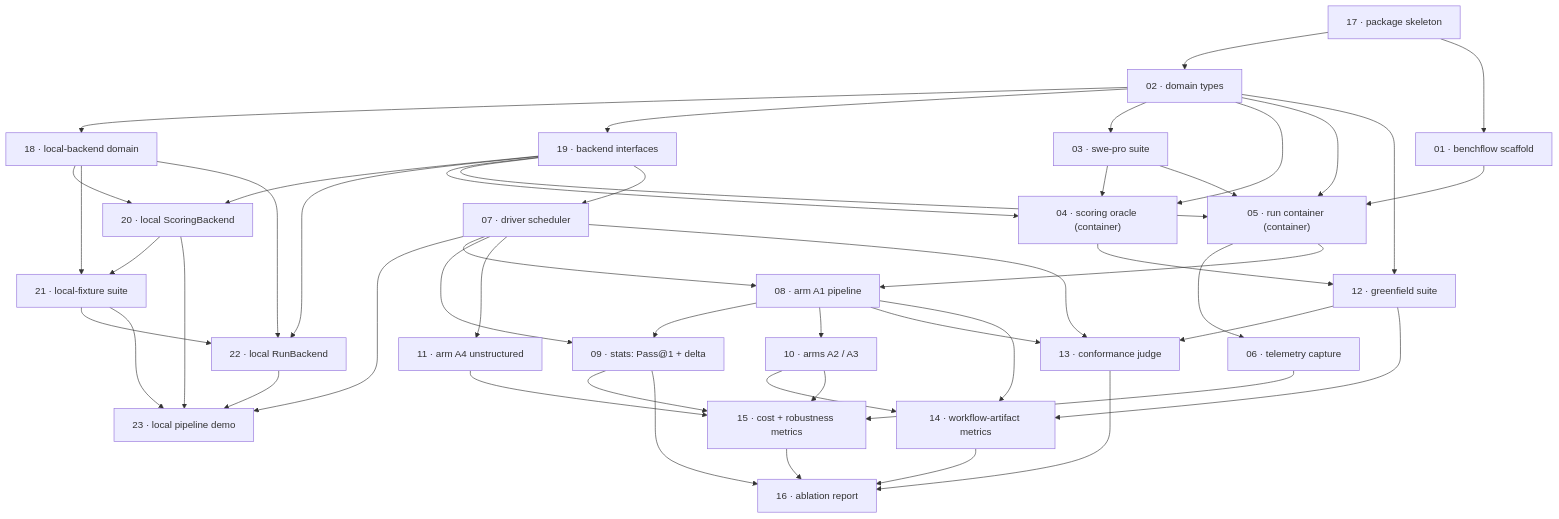
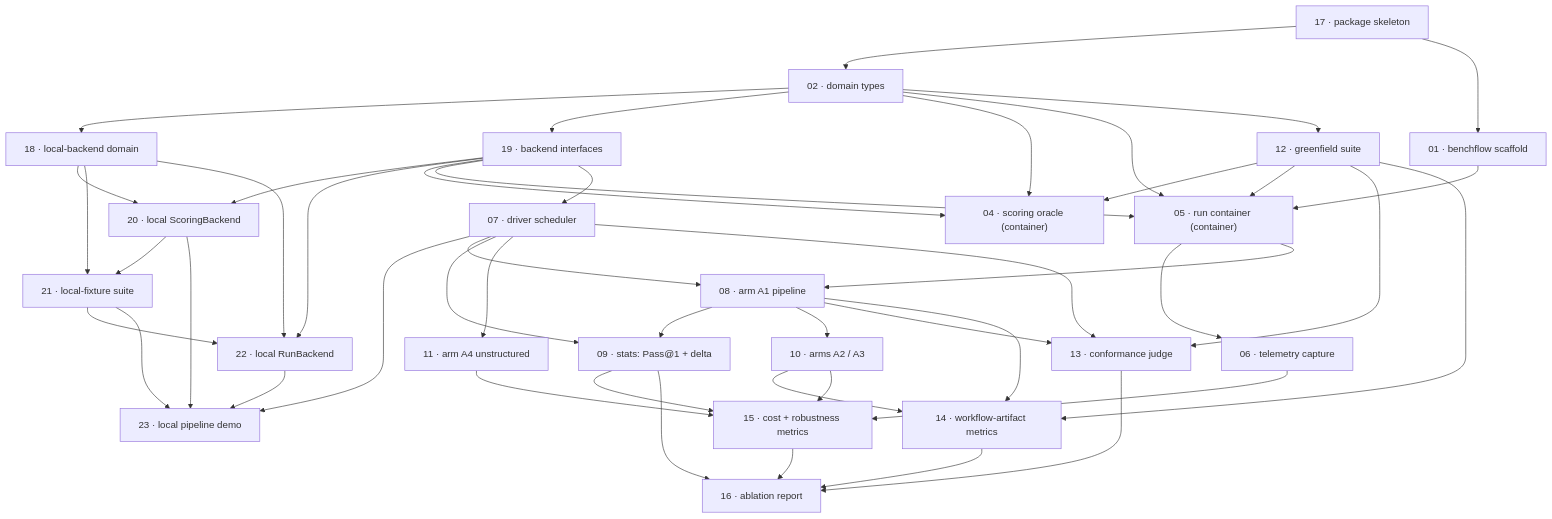
One commit to antstanley/skills changed the diagram in docs/plans/2026-05-27-spec_workflow_benchmark/plan.md. Above: the diagram before and after it, drawn with Mermaid. The commit also changed other lines of this file and 41 other files, not shown here.

First line of the commit message:
benchmark: remove SWE-bench Pro for a minimal greenfield-only harness

````diff
--- a/docs/plans/2026-05-27-spec_workflow_benchmark/plan.md
+++ b/docs/plans/2026-05-27-spec_workflow_benchmark/plan.md
@@ -19,74 +19,71 @@
 ```mermaid
 graph TD
   17["17 · package skeleton"]
   02["02 · domain types"]
   18["18 · local-backend domain"]
   19["19 · backend interfaces"]
   07["07 · driver scheduler"]
   20["20 · local ScoringBackend"]
   21["21 · local-fixture suite"]
   22["22 · local RunBackend"]
   23["23 · local pipeline demo"]
   01["01 · benchflow scaffold"]
-  03["03 · swe-pro suite"]
   04["04 · scoring oracle (container)"]
   05["05 · run container (container)"]
   06["06 · telemetry capture"]
   08["08 · arm A1 pipeline"]
   09["09 · stats: Pass@1 + delta"]
   10["10 · arms A2 / A3"]
   11["11 · arm A4 unstructured"]
   12["12 · greenfield suite"]
   13["13 · conformance judge"]
   14["14 · workflow-artifact metrics"]
   15["15 · cost + robustness metrics"]
   16["16 · ablation report"]
 
   17 --> 02
   17 --> 01
   02 --> 18
   02 --> 19
-  02 --> 03
   02 --> 04
   02 --> 05
   02 --> 12
   18 --> 20
   18 --> 21
   18 --> 22
   19 --> 20
   19 --> 22
   19 --> 04
   19 --> 05
   19 --> 07
   20 --> 21
   20 --> 23
   21 --> 22
   21 --> 23
   22 --> 23
   07 --> 23
-  03 --> 04
-  03 --> 05
   01 --> 05
-  04 --> 12
+  12 --> 04
+  12 --> 05
   05 --> 06
   05 --> 08
   07 --> 08
   07 --> 09
   07 --> 11
   07 --> 13
   08 --> 09
   08 --> 10
   08 --> 13
   08 --> 14
   10 --> 14
   10 --> 15
   12 --> 13
   12 --> 14
   06 --> 15
   09 --> 15
   09 --> 16
   11 --> 15
   13 --> 16
   14 --> 16
   15 --> 16
 ```
````
